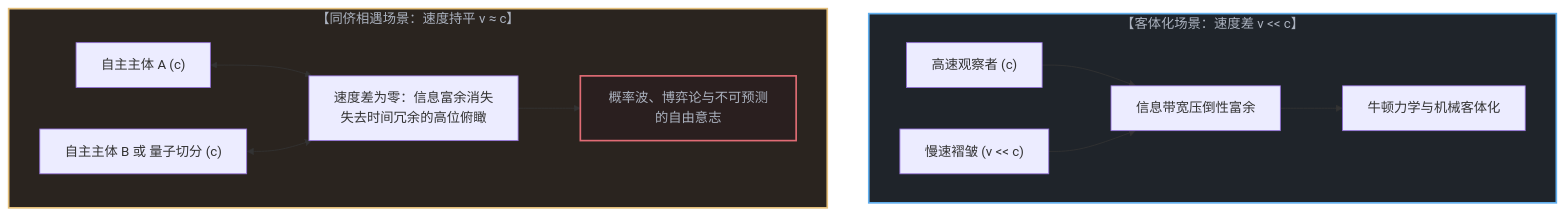
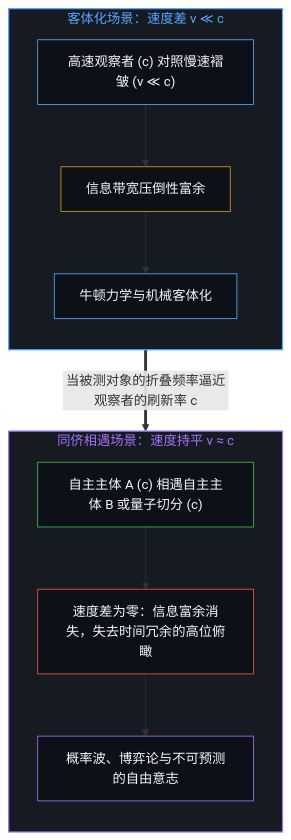
One commit to powerpig99/not-a-toe changed the seventh of 10 diagrams in content/posts/the-velocity-of-visibility.md. Above: the diagram before and after it, drawn with Mermaid. The commit also changed other lines of this file and 23 other files, not shown here.

````diff
--- a/content/posts/the-velocity-of-visibility.md
+++ b/content/posts/the-velocity-of-visibility.md
@@ -261,26 +227,29 @@
 ```mermaid
-graph TD
-    subgraph ObjectificationScenario["【客体化场景：速度差 v << c】"]
-        ObserverFast["高速观察者 (c)"]
-        ObjectSlow["慢速褶皱 (v << c)"]
+flowchart TD
+    subgraph S_Objectify["客体化场景：速度差 v ≪ c"]
+        direction TB
+        ObserverFast["高速观察者 (c) 对照慢速褶皱 (v ≪ c)"]
         Surplus["信息带宽压倒性富余"]
         Mechanics["牛顿力学与机械客体化"]
-        ObserverFast --> Surplus
-        ObjectSlow --> Surplus
-        Surplus --> Mechanics
+        ObserverFast --> Surplus --> Mechanics
     end
 
-    subgraph SovereignPeerScenario["【同侪相遇场景：速度持平 v ≈ c】"]
-        AgentA["自主主体 A (c)"]
-        AgentB["自主主体 B 或 量子切分 (c)"]
-        ZeroDeficit["速度差为零：信息富余消失<br>失去时间冗余的高位俯瞰"]
+    subgraph S_Peer["同侪相遇场景：速度持平 v ≈ c"]
+        direction TB
+        PeerMeet["自主主体 A (c) 相遇自主主体 B 或量子切分 (c)"]
+        ZeroDeficit["速度差为零：信息富余消失，失去时间冗余的高位俯瞰"]
         Indeterminacy["概率波、博弈论与不可预测的自由意志"]
-        AgentA <--> ZeroDeficit
-        AgentB <--> ZeroDeficit
-        ZeroDeficit --> Indeterminacy
+        PeerMeet --> ZeroDeficit --> Indeterminacy
     end
 
-    style ObjectificationScenario fill:#1f242a,stroke:#61afef,stroke-width:2px,color:#abb2bf
-    style SovereignPeerScenario fill:#2a241f,stroke:#e5c07b,stroke-width:2px,color:#abb2bf
-    style Indeterminacy fill:#2a1f1f,stroke:#e06c75,stroke-width:2px,color:#abb2bf
+    Mechanics ==>|"当被测对象的折叠频率逼近观察者的刷新率 c"| PeerMeet
+
+    style S_Objectify fill:#161b22,stroke:#58a6ff,stroke-width:1.5px,color:#58a6ff
+    style S_Peer fill:#161b22,stroke:#a371f7,stroke-width:1.5px,color:#a371f7
+    style ObserverFast fill:#0d1117,stroke:#58a6ff,stroke-width:1px,color:#f0f6fc
+    style Surplus fill:#0d1117,stroke:#d29922,stroke-width:1px,color:#f0f6fc
+    style Mechanics fill:#0d1117,stroke:#58a6ff,stroke-width:1px,color:#f0f6fc
+    style PeerMeet fill:#0d1117,stroke:#3fb950,stroke-width:1px,color:#f0f6fc
+    style ZeroDeficit fill:#0d1117,stroke:#f85149,stroke-width:1px,color:#f0f6fc
+    style Indeterminacy fill:#0d1117,stroke:#a371f7,stroke-width:1px,color:#f0f6fc
 ```
````
